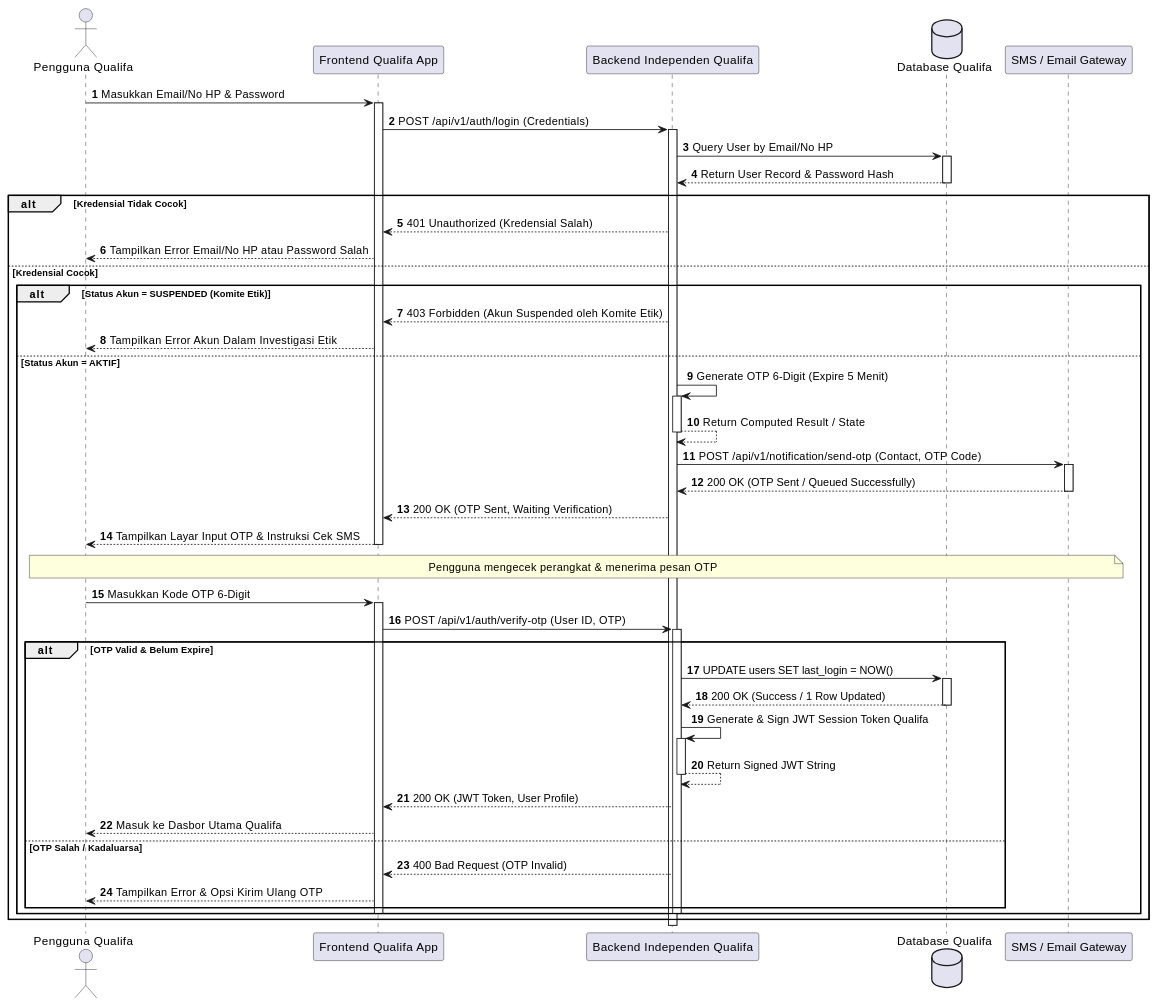
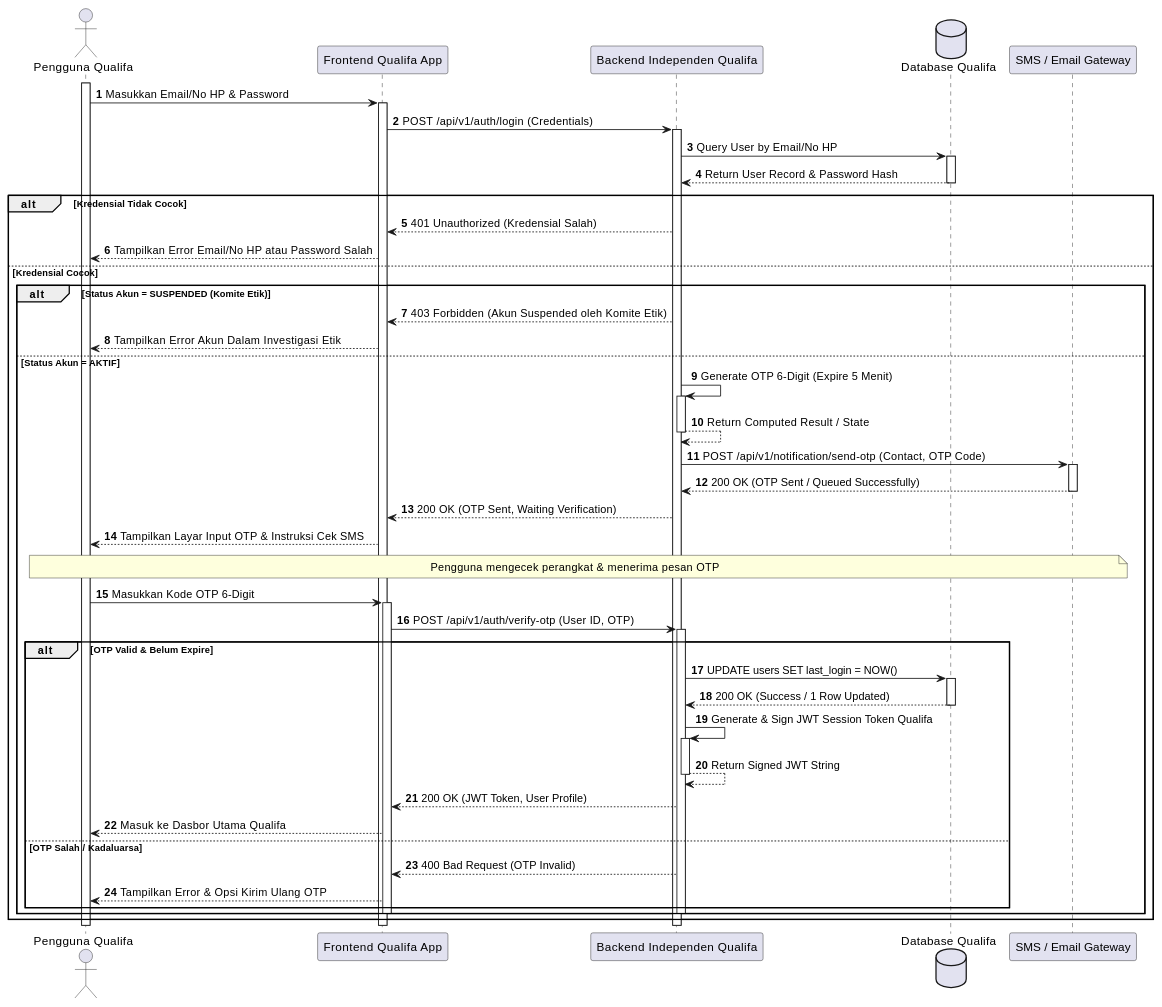
One commit to tupperwureism/SuperApp-Gagal changed diagram 17 of 27 in MarkDown/plantuml_sequence_diagrams.md. Above: the diagram before and after it, drawn with PlantUML. The commit also changed other lines of this file and 2 other files, not shown here.

Commit message:
fix(uml): remove shorthand deactivations from actor return arrows and prevent double deactivations across SD Justifiqa and Qualifa

````diff
--- a/MarkDown/plantuml_sequence_diagrams.md
+++ b/MarkDown/plantuml_sequence_diagrams.md
@@ -856,53 +837,55 @@
 ```plantuml
 @startuml
 autonumber
 actor "Pengguna Qualifa" as User
 participant "Frontend Qualifa App" as FE
 participant "Backend Independen Qualifa" as BE
 database "Database Qualifa" as DB
 participant "SMS / Email Gateway" as SMS
 
+activate User
 User -> FE ++ : Masukkan Email/No HP & Password
 FE -> BE ++ : POST /api/v1/auth/login (Credentials)
 
 BE -> DB ++ : Query User by Email/No HP
 DB --> BE -- : Return User Record & Password Hash
 
 alt Kredensial Tidak Cocok
     BE --> FE : 401 Unauthorized (Kredensial Salah)
     FE --> User : Tampilkan Error Email/No HP atau Password Salah
 else Kredensial Cocok
     alt Status Akun = SUSPENDED (Komite Etik)
         BE --> FE : 403 Forbidden (Akun Suspended oleh Komite Etik)
         FE --> User : Tampilkan Error Akun Dalam Investigasi Etik
     else Status Akun = AKTIF
         BE -> BE ++ : Generate OTP 6-Digit (Expire 5 Menit)
         BE --> BE -- : Return Computed Result / State
         BE -> SMS ++ : POST /api/v1/notification/send-otp (Contact, OTP Code)
         SMS --> BE -- : 200 OK (OTP Sent / Queued Successfully)
         BE --> FE : 200 OK (OTP Sent, Waiting Verification)
-        FE --> User -- : Tampilkan Layar Input OTP & Instruksi Cek SMS
+        FE --> User : Tampilkan Layar Input OTP & Instruksi Cek SMS
         note over User, SMS : Pengguna mengecek perangkat & menerima pesan OTP
         
         User -> FE ++ : Masukkan Kode OTP 6-Digit
         FE -> BE ++ : POST /api/v1/auth/verify-otp (User ID, OTP)
         
         alt OTP Valid & Belum Expire
             BE -> DB ++ : UPDATE users SET last_login = NOW()
             DB --> BE -- : 200 OK (Success / 1 Row Updated)
             BE -> BE ++ : Generate & Sign JWT Session Token Qualifa
             BE --> BE -- : Return Signed JWT String
             BE --> FE : 200 OK (JWT Token, User Profile)
             FE --> User : Masuk ke Dasbor Utama Qualifa
         else OTP Salah / Kadaluarsa
             BE --> FE : 400 Bad Request (OTP Invalid)
             FE --> User : Tampilkan Error & Opsi Kirim Ulang OTP
         end
         deactivate BE
         deactivate FE
     end
 end
 deactivate BE
 deactivate FE
+deactivate User
 @enduml
 ```
````
